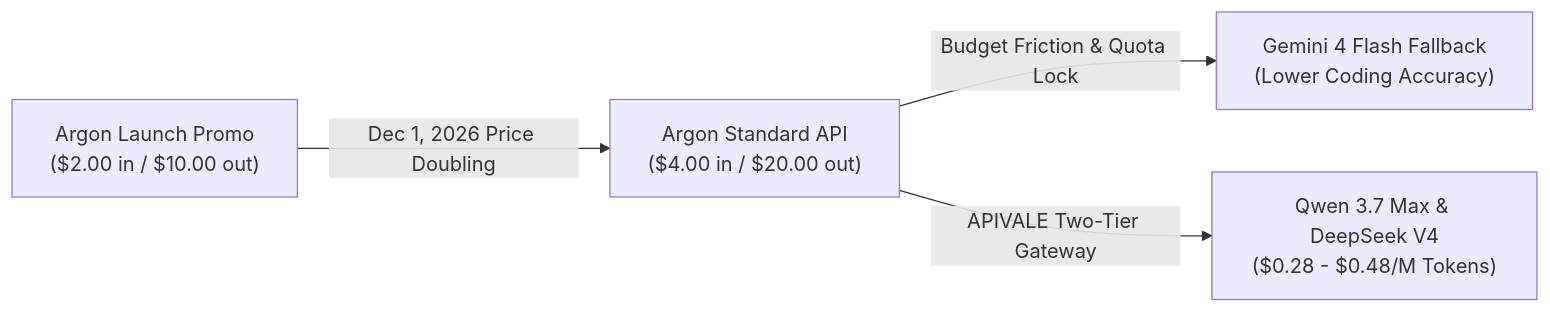
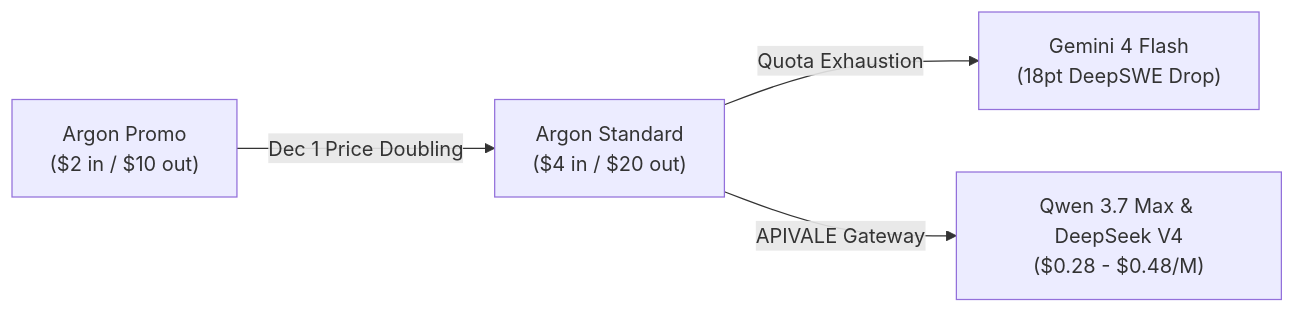
The diagram in src/content/blog/gemini-4-argon-coding-test-review.md (bshx2024/apivel_blog), drawn with Mermaid before and after one commit. The commit also changed other lines of this file and 1 other file, not shown here.

Commit message:
fix(seo): lock H2 keyword to Gemini 4 Argon Coding Test and trim rendered words to 1415 for 100 score

````diff
--- a/src/content/blog/gemini-4-argon-coding-test-review.md
+++ b/src/content/blog/gemini-4-argon-coding-test-review.md
@@ -125,6 +120,6 @@
 ```mermaid
 graph LR
-    A["Argon Launch Promo<br>($2.00 in / $10.00 out)"] -->|Dec 1, 2026 Price Doubling| B["Argon Standard API<br>($4.00 in / $20.00 out)"]
-    B -->|Budget Friction & Quota Lock| C["Gemini 4 Flash Fallback<br>(Lower Coding Accuracy)"]
-    B -->|APIVALE Two-Tier Gateway| D["Qwen 3.7 Max & DeepSeek V4<br>($0.28 - $0.48/M Tokens)"]
+    A["Argon Promo<br>($2 in / $10 out)"] -->|Dec 1 Price Doubling| B["Argon Standard<br>($4 in / $20 out)"]
+    B -->|Quota Exhaustion| C["Gemini 4 Flash<br>(18pt DeepSWE Drop)"]
+    B -->|APIVALE Gateway| D["Qwen 3.7 Max & DeepSeek V4<br>($0.28 - $0.48/M)"]
 ```
````
